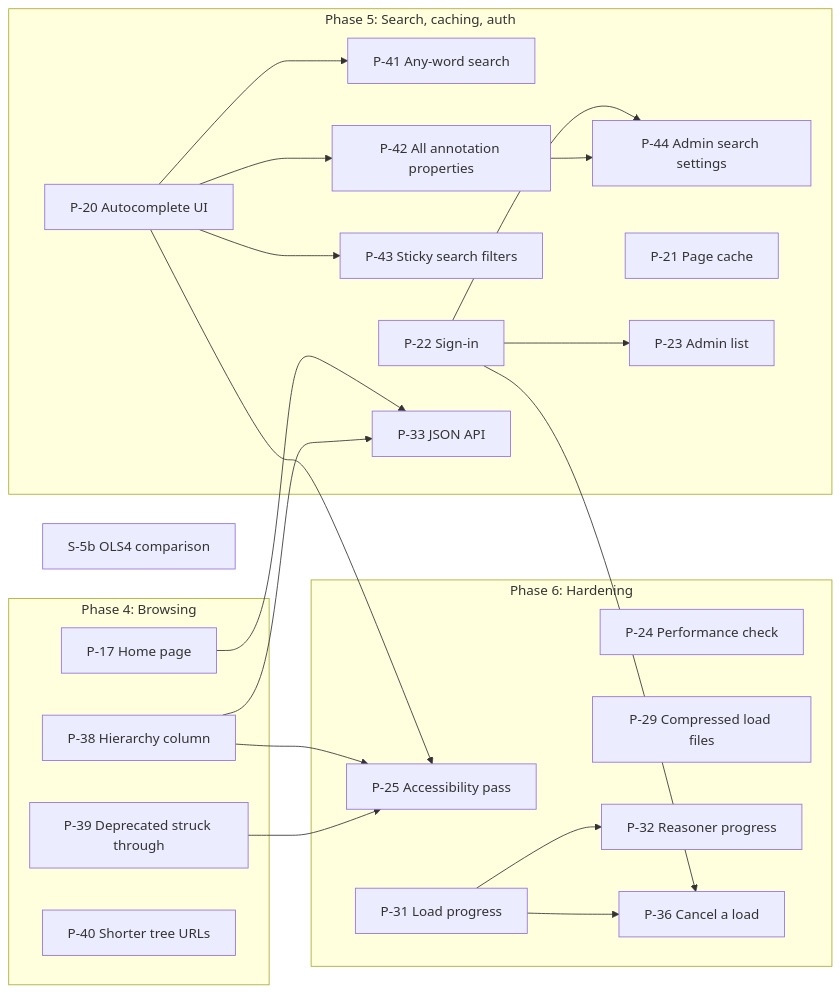
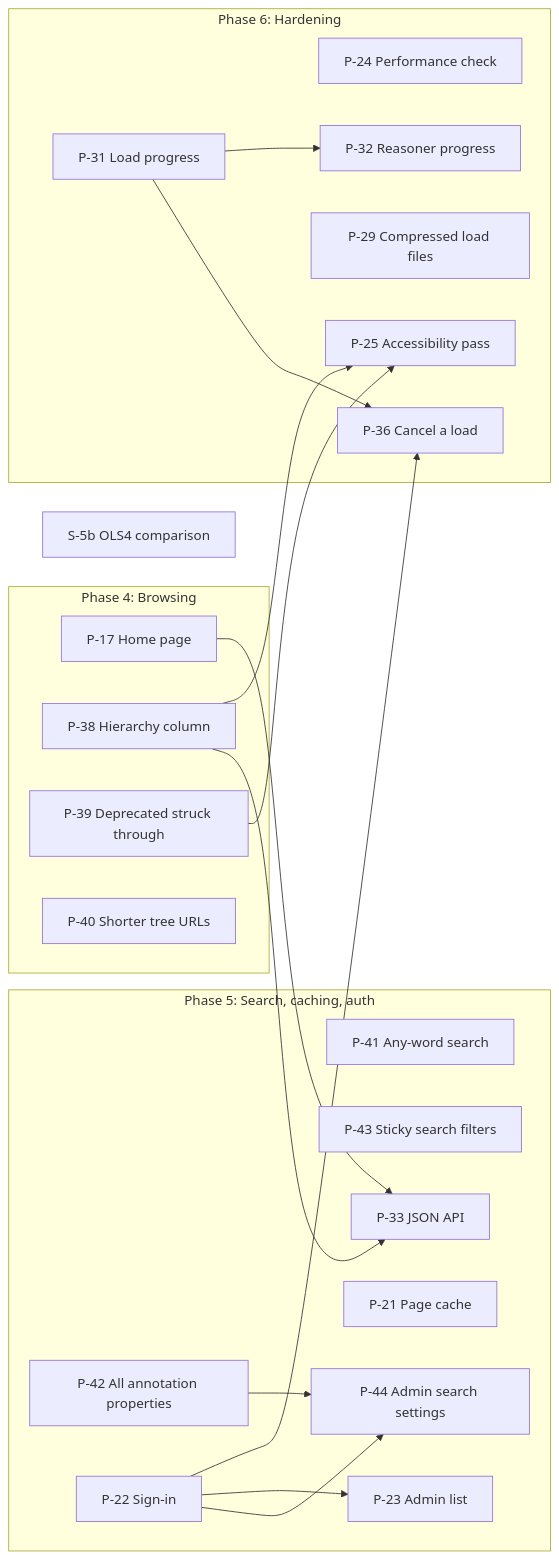
One commit to jclerman/browl changed the diagram in docs/DESIGN.md. Above: the diagram before and after it, drawn with Mermaid. The commit also changed other lines of this file, not shown here.

Commit message:
Design: drop P-20 from the remaining-work graph
P-20 is done (#129), so remove its node and edges from the graph, and
say that §2.6 describes P-20 as built as well as P-19.

````diff
--- a/docs/DESIGN.md
+++ b/docs/DESIGN.md
@@ -1797,37 +1797,35 @@
 ```mermaid
 flowchart LR
     subgraph P4["Phase 4: Browsing"]
         P17["P-17 Home page"]
         P38["P-38 Hierarchy column"]
         P39["P-39 Deprecated struck through"]
         P40["P-40 Shorter tree URLs"]
     end
     subgraph P5["Phase 5: Search, caching, auth"]
-        P20["P-20 Autocomplete UI"]
         P41["P-41 Any-word search"]
         P42["P-42 All annotation properties"]
         P43["P-43 Sticky search filters"]
         P44["P-44 Admin search settings"]
         P21["P-21 Page cache"]
         P22["P-22 Sign-in"]
         P23["P-23 Admin list"]
         P33["P-33 JSON API"]
     end
     subgraph P6["Phase 6: Hardening"]
         P24["P-24 Performance check"]
         P25["P-25 Accessibility pass"]
         P29["P-29 Compressed load files"]
         P31["P-31 Load progress"]
         P32["P-32 Reasoner progress"]
         P36["P-36 Cancel a load"]
     end
     S5b["S-5b OLS4 comparison"]
 
     P17 & P38 --> P33
-    P20 & P38 & P39 --> P25
-    P20 --> P41 & P42 & P43
+    P38 & P39 --> P25
     P22 & P42 --> P44
     P22 --> P23
     P22 & P31 --> P36
     P31 --> P32
 ```
````
